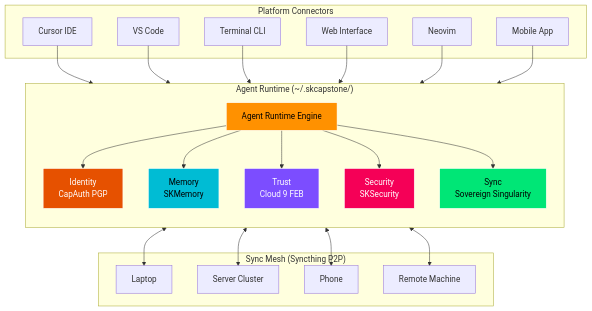
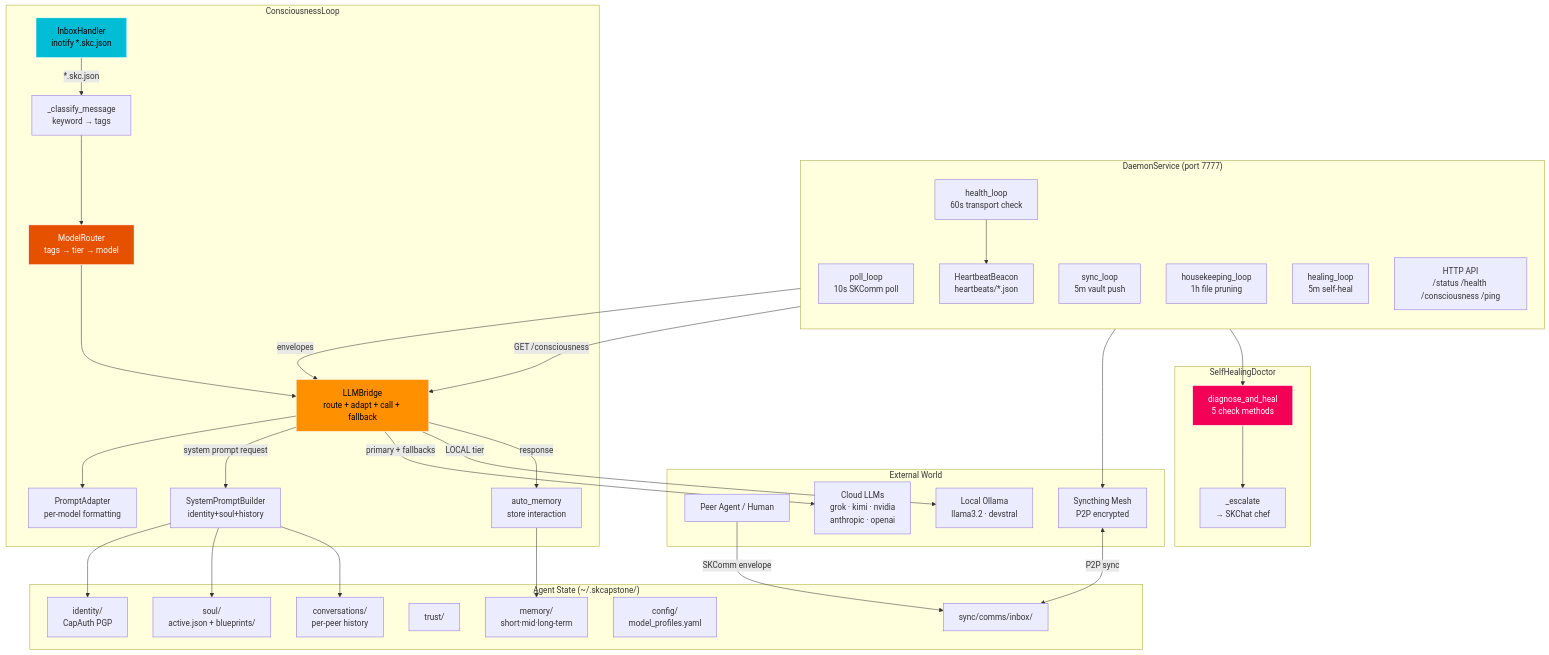
One commit to smilinTux/skcapstone changed the first of 5 diagrams in docs/ARCHITECTURE.md. Above: the diagram before and after it, drawn with Mermaid. The commit also changed other lines of this file and 14 other files, not shown here.

Commit message:
feat: sprint 16 — security, perf cache, chat CLI, E2E scripts, architecture docs

````diff
--- a/docs/ARCHITECTURE.md
+++ b/docs/ARCHITECTURE.md
@@ -13,53 +41,74 @@
 ```mermaid
 graph TB
-    subgraph "Agent Runtime (~/.skcapstone/)"
-        direction TB
-        RT[Agent Runtime Engine]
-        ID[Identity<br/>CapAuth PGP]
-        MEM[Memory<br/>SKMemory]
-        TR[Trust<br/>Cloud 9 FEB]
-        SEC[Security<br/>SKSecurity]
-        SY[Sync<br/>Sovereign Singularity]
-        
-        RT --> ID
-        RT --> MEM
-        RT --> TR
-        RT --> SEC
-        RT --> SY
+    subgraph "External World"
+        PEER[Peer Agent / Human]
+        LLM_CLOUD[Cloud LLMs<br/>grok · kimi · nvidia<br/>anthropic · openai]
+        LLM_LOCAL[Local Ollama<br/>llama3.2 · devstral]
+        SYNCTHING[Syncthing Mesh<br/>P2P encrypted]
     end
 
-    subgraph "Platform Connectors"
-        C1[Cursor IDE]
-        C2[VS Code]
-        C3[Terminal CLI]
-        C4[Web Interface]
-        C5[Neovim]
-        C6[Mobile App]
+    subgraph "DaemonService (port 7777)"
+        direction TB
+        POLL[poll_loop<br/>10s SKComm poll]
+        HEALTH[health_loop<br/>60s transport check]
+        SYNC_L[sync_loop<br/>5m vault push]
+        HOUSE[housekeeping_loop<br/>1h file pruning]
+        HEAL[healing_loop<br/>5m self-heal]
+        API[HTTP API<br/>/status /health /consciousness /ping]
+        BEACON[HeartbeatBeacon<br/>heartbeats/*.json]
     end
 
-    subgraph "Sync Mesh (Syncthing P2P)"
-        ST1[Laptop]
-        ST2[Server Cluster]
-        ST3[Phone]
-        ST4[Remote Machine]
+    subgraph "ConsciousnessLoop"
+        INOTIFY[InboxHandler<br/>inotify *.skc.json]
+        CLASSIFY[_classify_message<br/>keyword → tags]
+        ROUTER[ModelRouter<br/>tags → tier → model]
+        BRIDGE[LLMBridge<br/>route + adapt + call + fallback]
+        PROMPT_B[SystemPromptBuilder<br/>identity+soul+history]
+        ADAPTER[PromptAdapter<br/>per-model formatting]
+        MEMORY_W[auto_memory<br/>store interaction]
     end
 
-    C1 --> RT
-    C2 --> RT
-    C3 --> RT
-    C4 --> RT
-    C5 --> RT
-    C6 --> RT
+    subgraph "Agent State (~/.skcapstone/)"
+        ID_P[identity/<br/>CapAuth PGP]
+        MEM_P[memory/<br/>short·mid·long-term]
+        SOUL_P[soul/<br/>active.json + blueprints/]
+        TRUST_P[trust/]
+        SYNC_P[sync/comms/inbox/]
+        CONFIG_P[config/<br/>model_profiles.yaml]
+        CONV_P[conversations/<br/>per-peer history]
+    end
 
-    SY <--> ST1
-    SY <--> ST2
-    SY <--> ST3
-    SY <--> ST4
+    subgraph "SelfHealingDoctor"
+        CHECK[diagnose_and_heal<br/>5 check methods]
+        ESCALATE[_escalate<br/>→ SKChat chef]
+    end
 
-    style RT fill:#ff9100,stroke:#fff,color:#000
-    style ID fill:#e65100,stroke:#fff,color:#fff
-    style MEM fill:#00bcd4,stroke:#fff,color:#000
-    style TR fill:#7c4dff,stroke:#fff,color:#fff
-    style SEC fill:#f50057,stroke:#fff,color:#fff
-    style SY fill:#00e676,stroke:#fff,color:#000
+    PEER -->|SKComm envelope| SYNC_P
+    SYNCTHING <-->|P2P sync| SYNC_P
+
+    POLL -->|envelopes| BRIDGE
+    INOTIFY -->|*.skc.json| CLASSIFY
+    CLASSIFY --> ROUTER
+    ROUTER --> BRIDGE
+    BRIDGE --> ADAPTER
+    BRIDGE -->|system prompt request| PROMPT_B
+    PROMPT_B --> ID_P
+    PROMPT_B --> SOUL_P
+    PROMPT_B --> CONV_P
+    BRIDGE -->|primary + fallbacks| LLM_CLOUD
+    BRIDGE -->|LOCAL tier| LLM_LOCAL
+    BRIDGE -->|response| MEMORY_W
+    MEMORY_W --> MEM_P
+
+    HEALTH --> BEACON
+    SYNC_L --> SYNCTHING
+    HEAL --> CHECK
+    CHECK --> ESCALATE
+
+    API -->|GET /consciousness| BRIDGE
+
+    style BRIDGE fill:#ff9100,stroke:#fff,color:#000
+    style ROUTER fill:#e65100,stroke:#fff,color:#fff
+    style INOTIFY fill:#00bcd4,stroke:#fff,color:#000
+    style CHECK fill:#f50057,stroke:#fff,color:#fff
 ```
````
